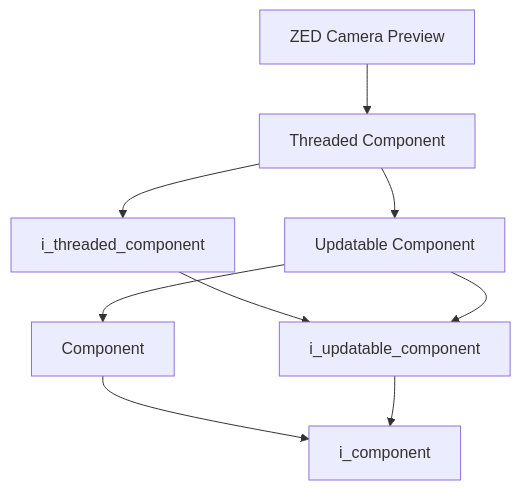
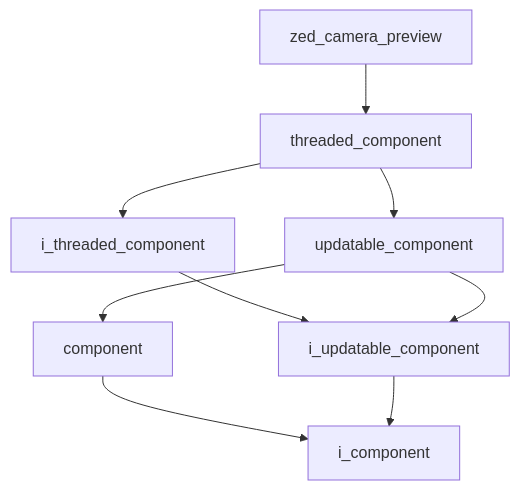
One commit to kasper-szczerba/autonomous_control_system_wiki changed the first of 2 diagrams in docs/codebase/namespaces/vision/implementation/previews/zed_camera_preview.md. Above: the diagram before and after it, drawn with Mermaid. The commit also changed other lines of this file and 41 other files, not shown here.

````diff
--- a/docs/codebase/namespaces/vision/implementation/previews/zed_camera_preview.md
+++ b/docs/codebase/namespaces/vision/implementation/previews/zed_camera_preview.md
@@ -15,12 +15,12 @@
 ```mermaid
 graph TD
-    zed_camera_preview["ZED Camera Preview"]
-    component["Component"] --> i_component["i_component"]
+    zed_camera_preview["zed_camera_preview"]
+    component["component"] --> i_component["i_component"]
     i_threaded_component["i_threaded_component"] --> i_updatable_component["i_updatable_component"]
     i_updatable_component["i_updatable_component"] --> i_component["i_component"]
-    threaded_component["Threaded Component"] --> i_threaded_component["i_threaded_component"]
-    threaded_component["Threaded Component"] --> updatable_component["Updatable Component"]
-    updatable_component["Updatable Component"] --> component["Component"]
-    updatable_component["Updatable Component"] --> i_updatable_component["i_updatable_component"]
-    zed_camera_preview["ZED Camera Preview"] --> threaded_component["Threaded Component"]
+    threaded_component["threaded_component"] --> i_threaded_component["i_threaded_component"]
+    threaded_component["threaded_component"] --> updatable_component["updatable_component"]
+    updatable_component["updatable_component"] --> component["component"]
+    updatable_component["updatable_component"] --> i_updatable_component["i_updatable_component"]
+    zed_camera_preview["zed_camera_preview"] --> threaded_component["threaded_component"]
 ```
````
